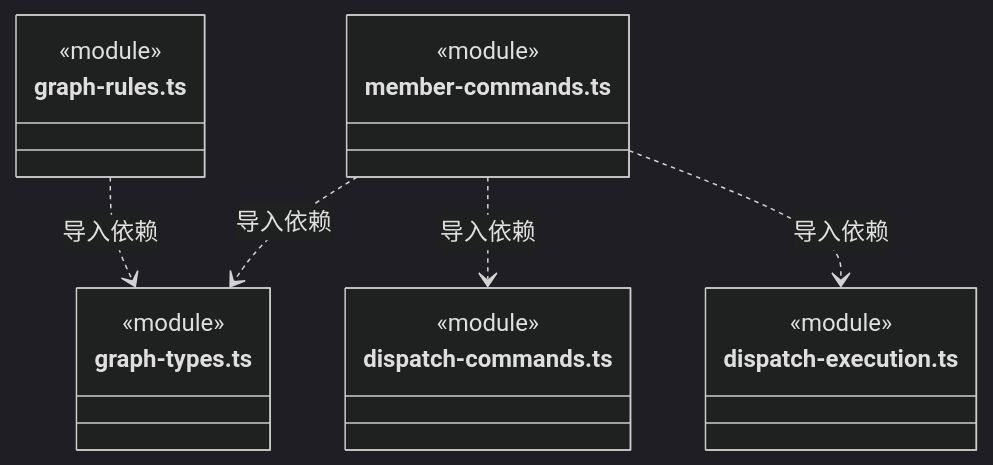
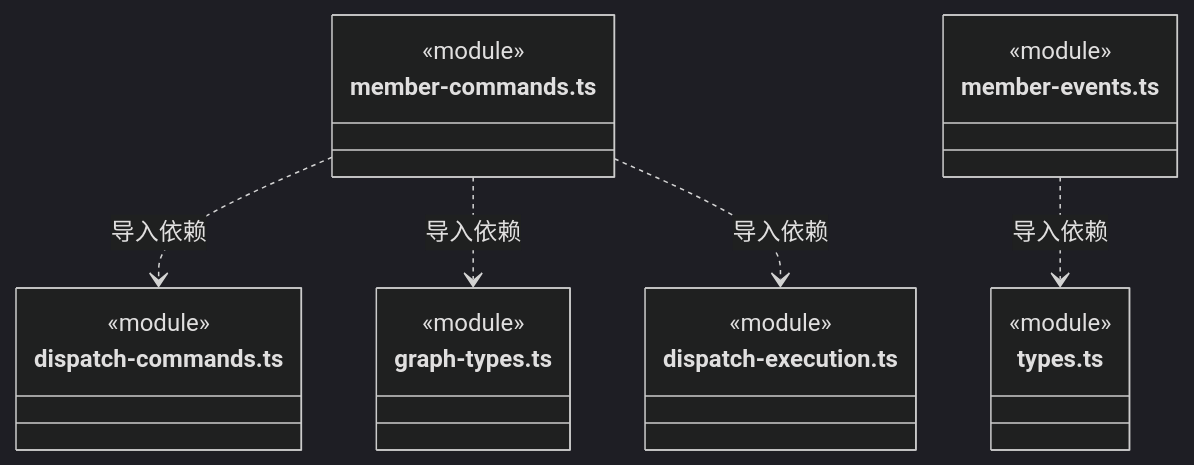
One commit to nan023062/cbim changed diagram 50 of 56 in src/backend/core/tasks/ARCHITECTURE.md. Above: the diagram before and after it, drawn with Mermaid (dark theme). The commit also changed other lines of this file and 53 other files, not shown here.

````diff
--- a/src/backend/core/tasks/ARCHITECTURE.md
+++ b/src/backend/core/tasks/ARCHITECTURE.md
@@ -1150,22 +1255,25 @@
 ```mermaid
 classDiagram
-class N_src_backend_core_tasks_graph_rules_ts["graph-rules.ts"] {
-  <<module>>
-}
-class N_src_backend_core_tasks_graph_types_ts["graph-types.ts"] {
-  <<module>>
-}
 class N_src_backend_core_tasks_member_commands_ts["member-commands.ts"] {
   <<module>>
 }
 class N_src_backend_core_tasks_dispatch_commands_ts["dispatch-commands.ts"] {
   <<module>>
 }
+class N_src_backend_core_tasks_graph_types_ts["graph-types.ts"] {
+  <<module>>
+}
 class N_src_backend_core_tasks_dispatch_execution_ts["dispatch-execution.ts"] {
   <<module>>
 }
-N_src_backend_core_tasks_graph_rules_ts ..> N_src_backend_core_tasks_graph_types_ts : 导入依赖
+class N_src_backend_core_tasks_member_events_ts["member-events.ts"] {
+  <<module>>
+}
+class N_src_backend_core_tasks_types_ts["types.ts"] {
+  <<module>>
+}
 N_src_backend_core_tasks_member_commands_ts ..> N_src_backend_core_tasks_dispatch_commands_ts : 导入依赖
 N_src_backend_core_tasks_member_commands_ts ..> N_src_backend_core_tasks_graph_types_ts : 导入依赖
 N_src_backend_core_tasks_member_commands_ts ..> N_src_backend_core_tasks_dispatch_execution_ts : 导入依赖
+N_src_backend_core_tasks_member_events_ts ..> N_src_backend_core_tasks_types_ts : 导入依赖
 ```
````
